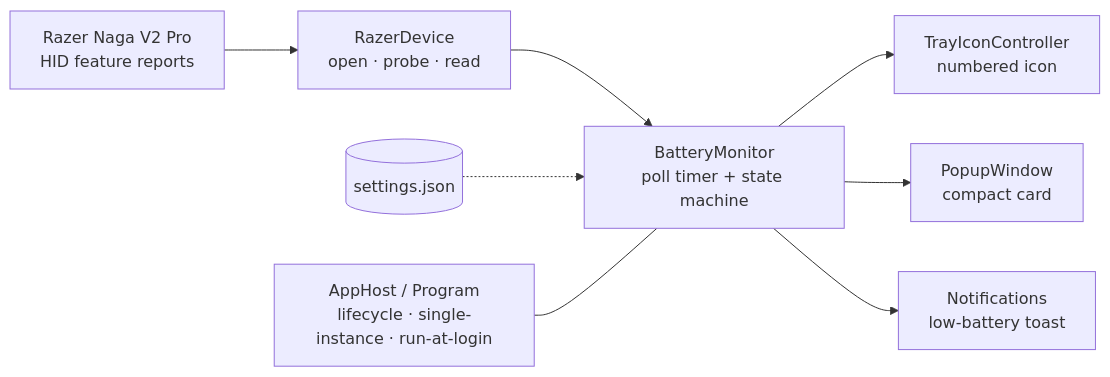
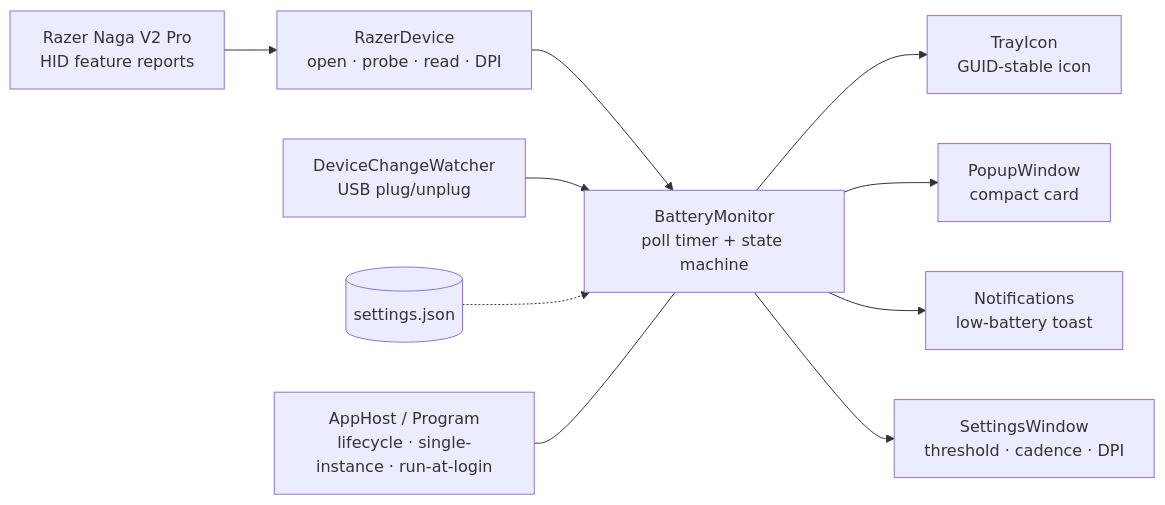
The diagram in README.md (Bmwascher/razer-naga-companion), drawn with Mermaid before and after one commit. The commit also changed other lines of this file, not shown here.

First line of the commit message:
docs: refresh README for Settings/DPI, device-change hook, and GUID tray

````diff
--- a/README.md
+++ b/README.md
@@ -131,10 +137,12 @@
 ```mermaid
 flowchart LR
-    HID["Razer Naga V2 Pro<br/>HID feature reports"] --> Dev["RazerDevice<br/>open · probe · read"]
+    HID["Razer Naga V2 Pro<br/>HID feature reports"] --> Dev["RazerDevice<br/>open · probe · read · DPI"]
     Dev --> Mon["BatteryMonitor<br/>poll timer + state machine"]
-    Mon --> Tray["TrayIconController<br/>numbered icon"]
+    Mon --> Tray["TrayIcon<br/>GUID-stable icon"]
     Mon --> Popup["PopupWindow<br/>compact card"]
     Mon --> Toast["Notifications<br/>low-battery toast"]
-    Settings[("settings.json")] -.-> Mon
+    Mon --> Set["SettingsWindow<br/>threshold · cadence · DPI"]
+    DevChg["DeviceChangeWatcher<br/>USB plug/unplug"] --> Mon
+    Cfg[("settings.json")] -.-> Mon
     Host["AppHost / Program<br/>lifecycle · single-instance · run-at-login"] --- Mon
 ```
````
